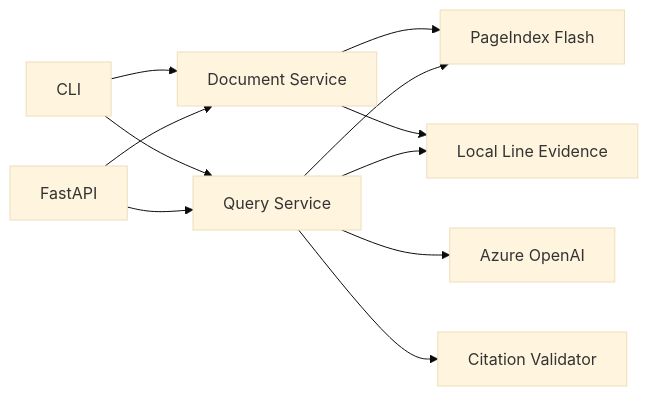
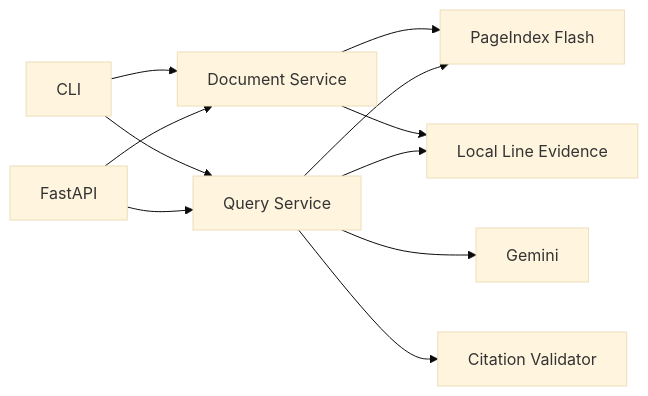
One commit to LegendSumeet/document-intelligence-ai changed the diagram in docs/ARCHITECTURE.md. Above: the diagram before and after it, drawn with Mermaid (base theme). The commit also changed other lines of this file and 12 other files, not shown here.

Commit message:
feat: Migrate from Azure OpenAI to Gemini for document intelligence processing and update related configurations

````diff
--- a/docs/ARCHITECTURE.md
+++ b/docs/ARCHITECTURE.md
@@ -15,13 +15,13 @@
 ```mermaid
 flowchart LR
     CLI[CLI] --> Documents[Document Service]
     API[FastAPI] --> Documents
     CLI --> Queries[Query Service]
     API --> Queries
     Documents --> PageIndex[PageIndex Flash]
     Documents --> Evidence[Local Line Evidence]
     Queries --> PageIndex
     Queries --> Evidence
-    Queries --> Azure[Azure OpenAI]
+    Queries --> LLM[Gemini]
     Queries --> Validator[Citation Validator]
 ```
````
